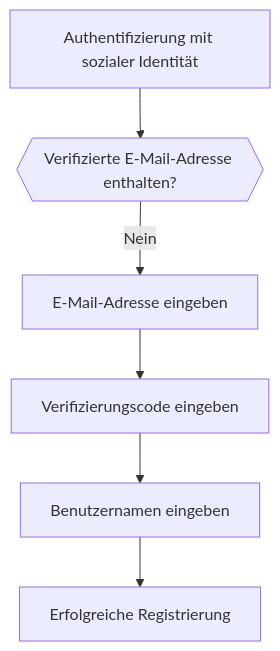
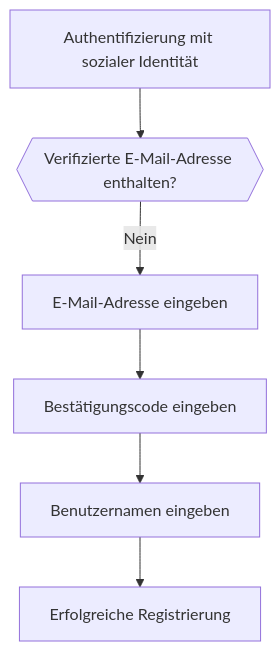
The fourth of 6 diagrams in i18n/de/docusaurus-plugin-content-docs/current/end-user-flows/sign-up-and-sign-in/social-sign-in.mdx (logto-io/docs), drawn with Mermaid before and after one commit. The commit also changed other lines of this file and 67 other files, not shown here.

````diff
--- a/i18n/de/docusaurus-plugin-content-docs/current/end-user-flows/sign-up-and-sign-in/social-sign-in.mdx
+++ b/i18n/de/docusaurus-plugin-content-docs/current/end-user-flows/sign-up-and-sign-in/social-sign-in.mdx
@@ -121,8 +123,8 @@
    ```mermaid
    flowchart TD
       A[Authentifizierung mit sozialer Identität] --> B{{Verifizierte E-Mail-Adresse enthalten?}}
       B -- Nein --> C[E-Mail-Adresse eingeben]
-      C --> D[Verifizierungscode eingeben]
+      C --> D[Bestätigungscode eingeben]
       D --> E[Benutzernamen eingeben]
       E --> F[Erfolgreiche Registrierung]
    ```
````
